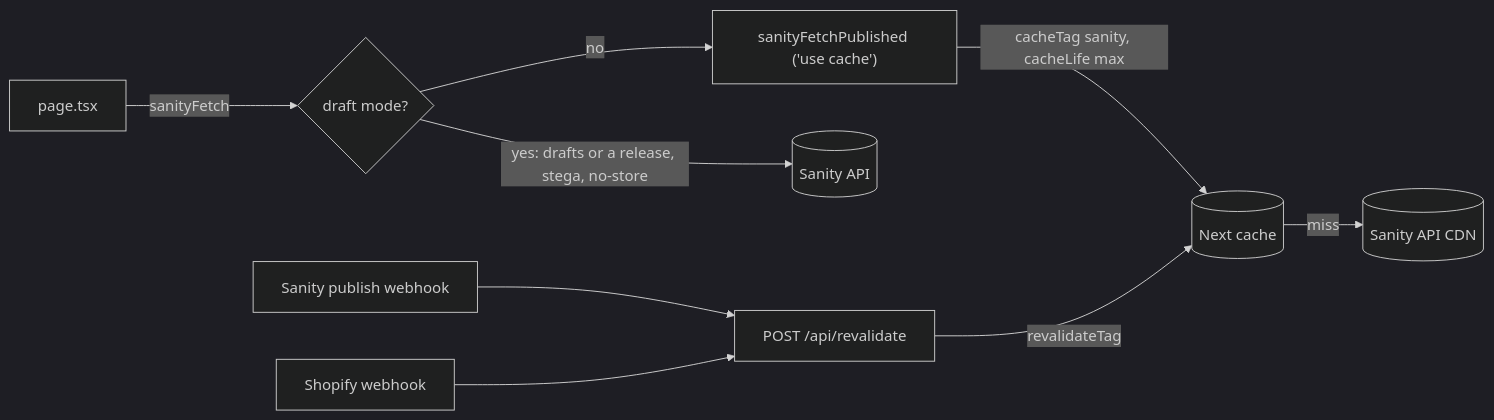
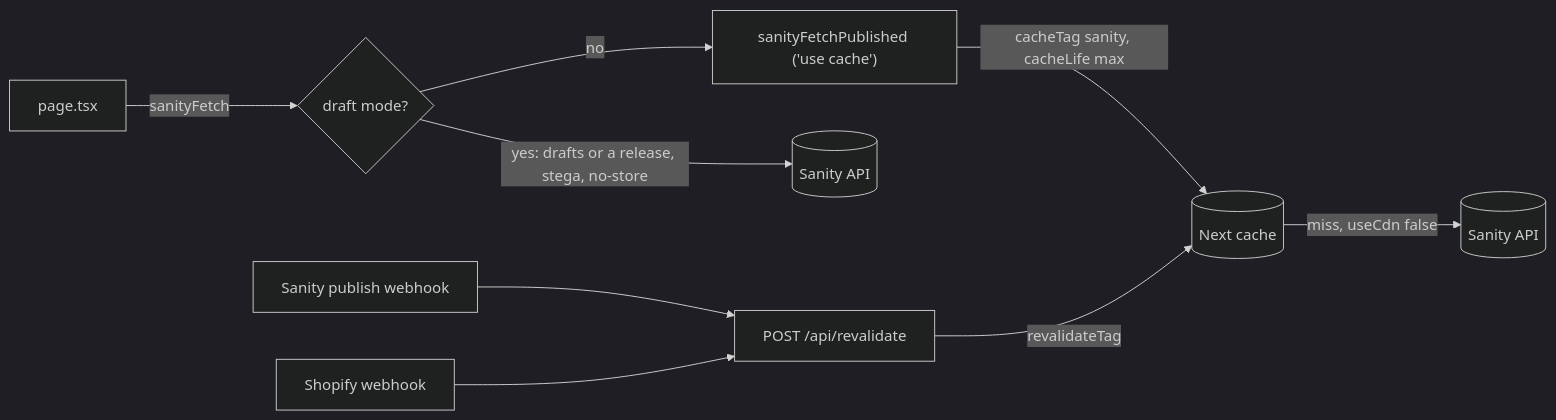
One commit to darkroomengineering/satus changed the diagram in ARCHITECTURE.md. Above: the diagram before and after it, drawn with Mermaid (dark theme). The commit also changed 5 other files, not shown here.

Commit message:
fix(sanity): read published content from the live api, not the cdn

````diff
--- a/ARCHITECTURE.md
+++ b/ARCHITECTURE.md
@@ -70,11 +70,11 @@
 ```mermaid
 flowchart LR
     P[page.tsx] -->|sanityFetch| F{draft mode?}
     F -->|no| U["sanityFetchPublished ('use cache')"]
     U -->|cacheTag sanity, cacheLife max| Cache[(Next cache)]
-    Cache -->|miss| API[(Sanity API CDN)]
+    Cache -->|miss, useCdn false| API[(Sanity API)]
     F -->|yes: drafts or a release, stega, no-store| Draft[(Sanity API)]
     Hook[Sanity publish webhook] --> R[POST /api/revalidate]
     Shop[Shopify webhook] --> R
     R -->|revalidateTag| Cache
 ```
````
